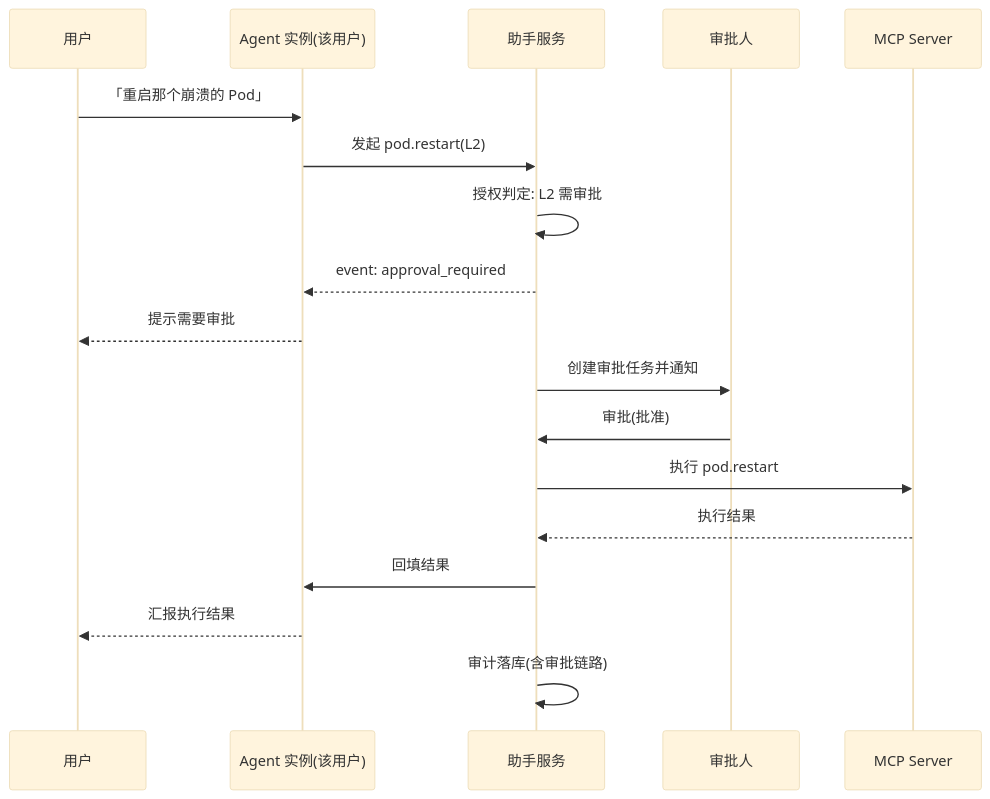
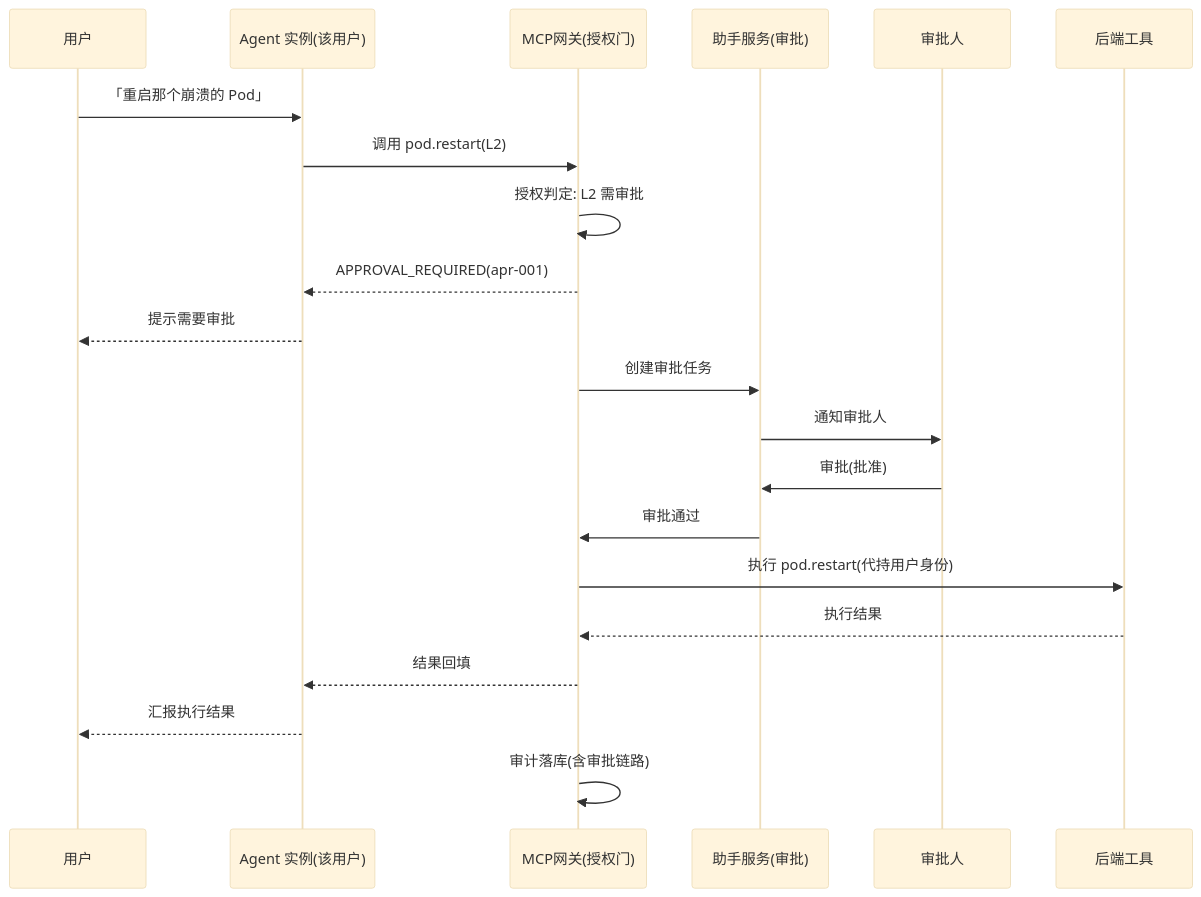
Before and after one commit to suanova/cubepilot: the fifth of 14 diagrams in docs/CubeStack 平台智能助手模块详细设计文档.md, drawn with Mermaid (base theme). The commit also changed other lines of this file, not shown here.

Commit message:
docs: refine CubePilot design — naming, MCP gateway routing, dry-run & key CRD protection

````diff
--- a/docs/CubeStack 平台智能助手模块详细设计文档.md
+++ b/docs/CubeStack 平台智能助手模块详细设计文档.md
@@ -699,21 +746,24 @@
 ```mermaid
 sequenceDiagram
     participant U as 用户
     participant AG as Agent 实例(该用户)
-    participant AS as 助手服务
+    participant GW as MCP网关(授权门)
+    participant AS as 助手服务(审批)
     participant AP as 审批人
-    participant MCP as MCP Server
+    participant BE as 后端工具
 
     U->>AG: 「重启那个崩溃的 Pod」
-    AG->>AS: 发起 pod.restart(L2)
-    AS->>AS: 授权判定: L2 需审批
-    AS-->>AG: event: approval_required
+    AG->>GW: 调用 pod.restart(L2)
+    GW->>GW: 授权判定: L2 需审批
+    GW-->>AG: APPROVAL_REQUIRED(apr-001)
     AG-->>U: 提示需要审批
-    AS->>AP: 创建审批任务并通知
+    GW->>AS: 创建审批任务
+    AS->>AP: 通知审批人
     AP->>AS: 审批(批准)
-    AS->>MCP: 执行 pod.restart
-    MCP-->>AS: 执行结果
-    AS->>AG: 回填结果
+    AS->>GW: 审批通过
+    GW->>BE: 执行 pod.restart(代持用户身份)
+    BE-->>GW: 执行结果
+    GW-->>AG: 结果回填
     AG-->>U: 汇报执行结果
-    AS->>AS: 审计落库(含审批链路)
+    GW->>GW: 审计落库(含审批链路)
 ```
````
